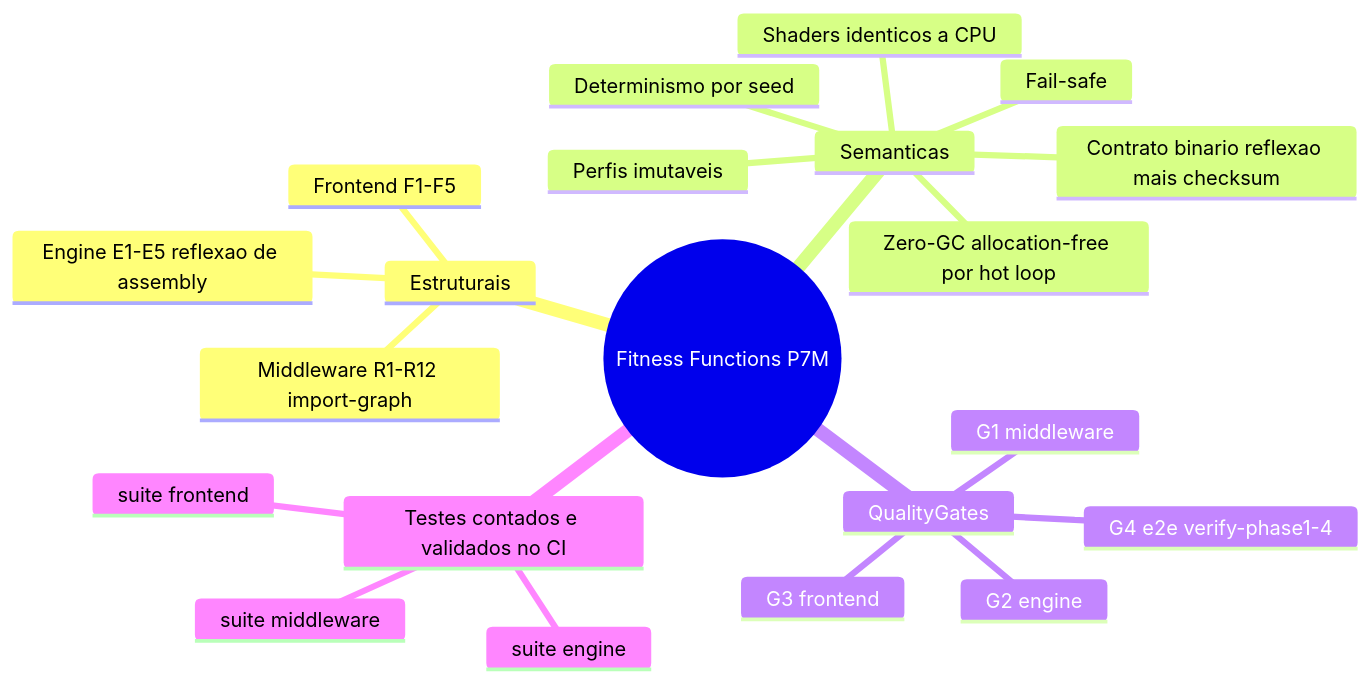
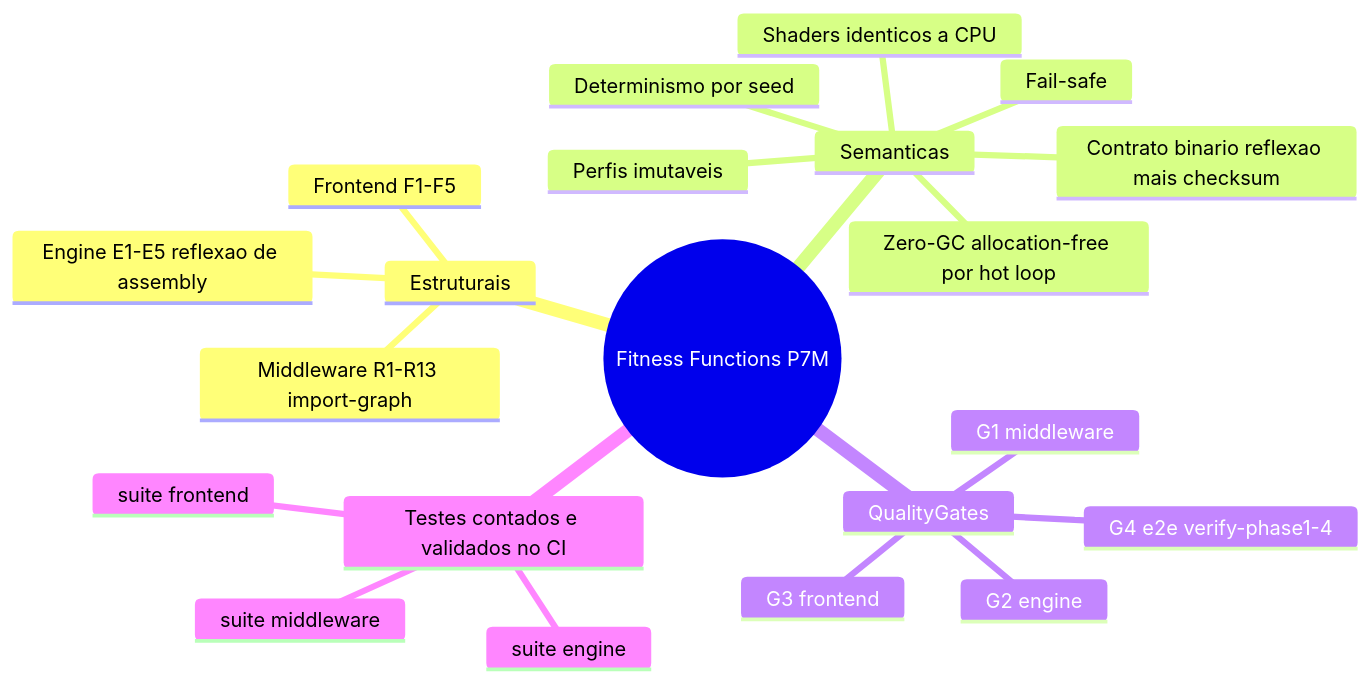
The third of 3 diagrams in docs/REQUIREMENTS.md (flaviotinococoutinho/Gridsmith), drawn with Mermaid before and after one commit. The commit also changed other lines of this file and 68 other files, not shown here.

````diff
--- a/docs/REQUIREMENTS.md
+++ b/docs/REQUIREMENTS.md
@@ -95,24 +96,24 @@
 ```mermaid
 mindmap
   root(("Fitness Functions P7M"))
     Estruturais
-      Middleware R1-R12 import-graph
+      Middleware R1-R13 import-graph
       Frontend F1-F5
       Engine E1-E5 reflexao de assembly
     Semanticas
       Zero-GC allocation-free por hot loop
       Determinismo por seed
       Contrato binario reflexao mais checksum
       Shaders identicos a CPU
       Perfis imutaveis
       Fail-safe
     QualityGates
       G1 middleware
       G2 engine
       G3 frontend
       G4 e2e verify-phase1-4
     Testes contados e validados no CI
       suite engine
       suite middleware
       suite frontend
 ```
````
